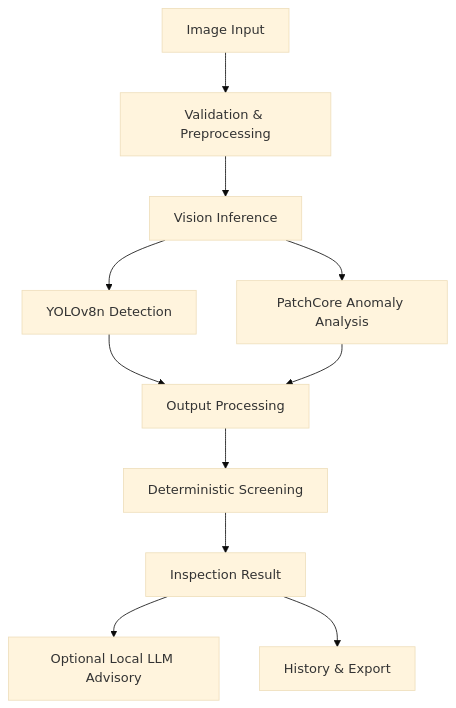
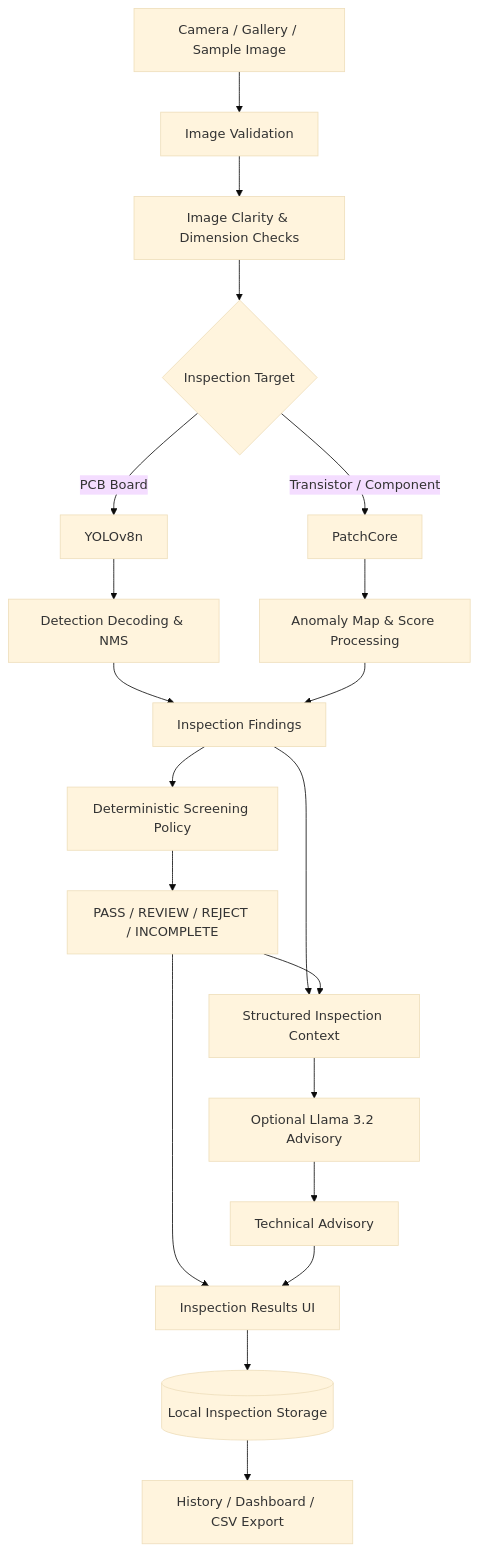
The first of 2 diagrams in README.md (radicalSanta/Bharat-AI-PCB-Inspector), drawn with Mermaid (base theme) before and after one commit. The commit also changed other lines of this file, not shown here.

First line of the commit message:
Revise README for improved clarity and detail

````diff
--- a/README.md
+++ b/README.md
@@ -68,13 +240,30 @@
 ```mermaid
 flowchart TD
-    A[Image Input] --> B[Validation & Preprocessing]
-    B --> C[Vision Inference]
-    C --> D[YOLOv8n Detection]
-    C --> E[PatchCore Anomaly Analysis]
-    D --> F[Output Processing]
-    E --> F
-    F --> G[Deterministic Screening]
-    G --> H[Inspection Result]
-    H --> I[Optional Local LLM Advisory]
-    H --> J[History & Export]
+    A[Camera / Gallery / Sample Image] --> B[Image Validation]
+    B --> C[Image Clarity & Dimension Checks]
+    C --> D{Inspection Target}
+
+    D -->|PCB Board| E[YOLOv8n]
+    D -->|Transistor / Component| F[PatchCore]
+
+    E --> G[Detection Decoding & NMS]
+    F --> H[Anomaly Map & Score Processing]
+
+    G --> I[Inspection Findings]
+    H --> I
+
+    I --> J[Deterministic Screening Policy]
+    J --> K[PASS / REVIEW / REJECT / INCOMPLETE]
+
+    I --> L[Structured Inspection Context]
+    K --> L
+
+    L --> M[Optional Llama 3.2 Advisory]
+    M --> N[Technical Advisory]
+
+    K --> O[Inspection Results UI]
+    N --> O
+
+    O --> P[(Local Inspection Storage)]
+    P --> Q[History / Dashboard / CSV Export]
 ```
````
